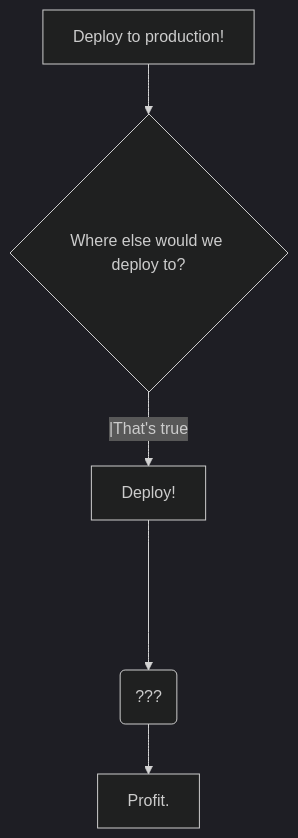
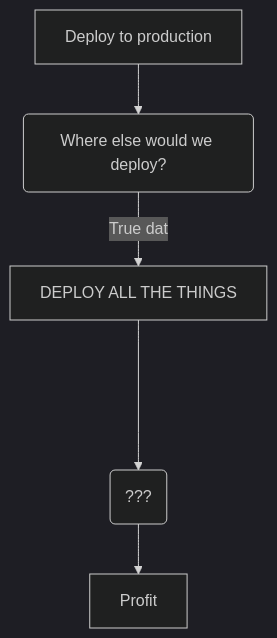
One commit to natesubra/natesubra.github.io changed the diagram in _posts/2022-11-04-hello-world.adoc. Above: the diagram before and after it, drawn with Mermaid (dark theme).

```diff
--- a/_posts/2022-11-04-hello-world.adoc
+++ b/_posts/2022-11-04-hello-world.adoc
@@ -44,8 +44,8 @@
 [mermaid,format=svg]
 ....
 flowchart TD
-    A[Deploy to production!] --> B{Where else would we deploy to?};
-    B -- |That's true --> C[Deploy!];
+    A[Deploy to production] --> B(Where else would we deploy?);
+    B -- True dat --> C[DEPLOY ALL THE THINGS];
     C ----> E(???);
-    E --> F[Profit.];
+    E --> F[Profit];
 ....
```
